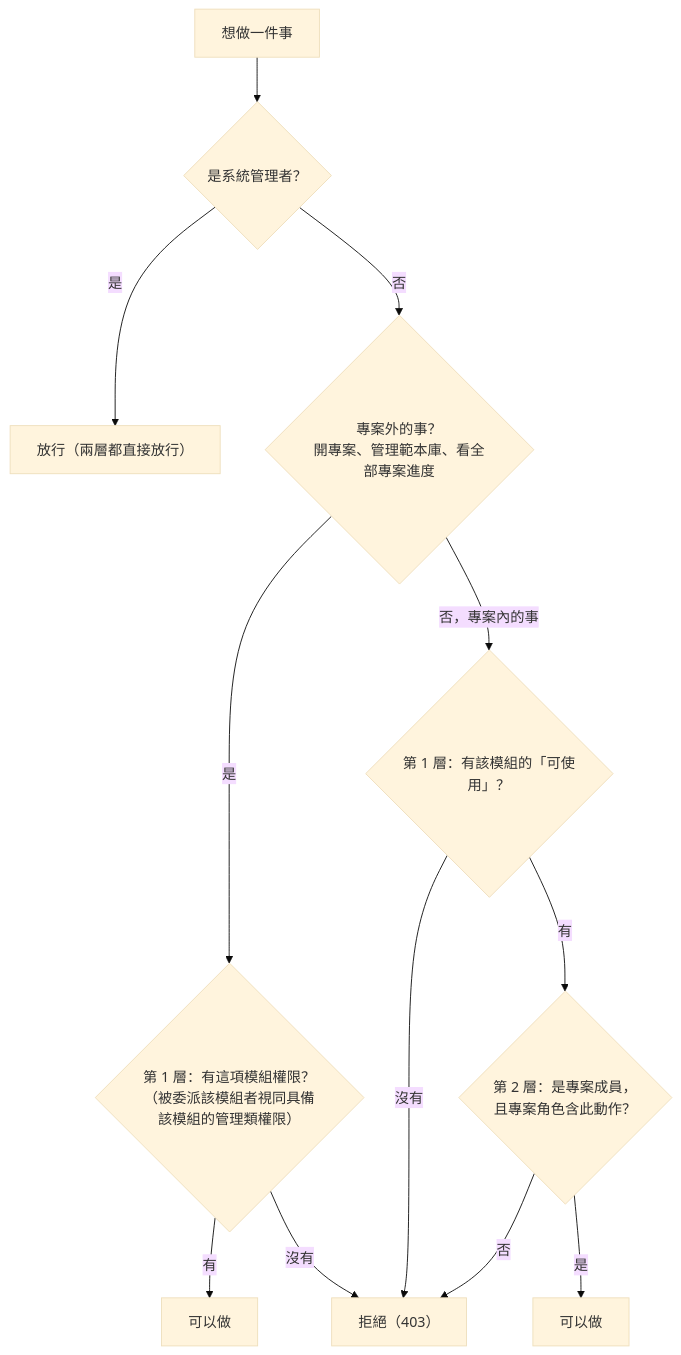
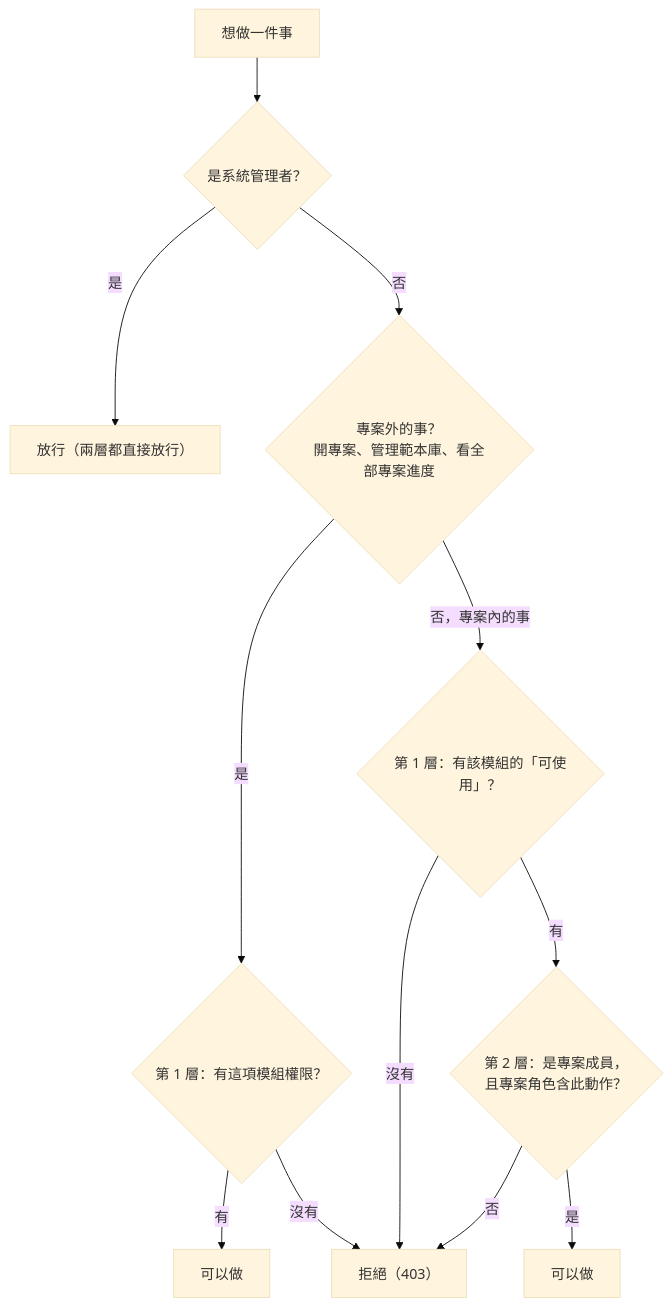
Before and after one commit to speko-tw/inspect-flow: the second of 4 diagrams in docs/intents/07-permission-model.md, drawn with Mermaid (base theme). The commit also changed other lines of this file and 3 other files, not shown here.

````diff
--- a/docs/intents/07-permission-model.md
+++ b/docs/intents/07-permission-model.md
@@ -58,14 +58,14 @@
 ```mermaid
 flowchart TD
   A["想做一件事"] --> B{"是系統管理者？"}
   B -->|"是"| OK1["放行（兩層都直接放行）"]
   B -->|"否"| C{"專案外的事？<br/>開專案、管理範本庫、看全部專案進度"}
-  C -->|"是"| D{"第 1 層：有這項模組權限？<br/>（被委派該模組者視同具備該模組的管理類權限）"}
+  C -->|"是"| D{"第 1 層：有這項模組權限？"}
   D -->|"有"| OK2["可以做"]
   D -->|"沒有"| NO["拒絕（403）"]
   C -->|"否，專案內的事"| E{"第 1 層：有該模組的「可使用」？"}
   E -->|"沒有"| NO
   E -->|"有"| G{"第 2 層：是專案成員，<br/>且專案角色含此動作？"}
   G -->|"是"| OK3["可以做"]
   G -->|"否"| NO
 ```
````
